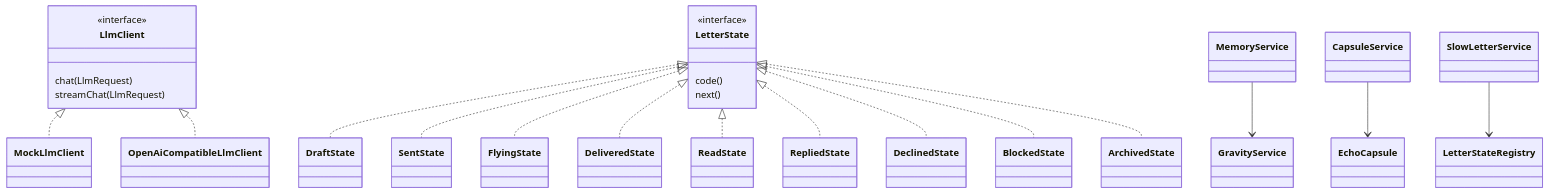
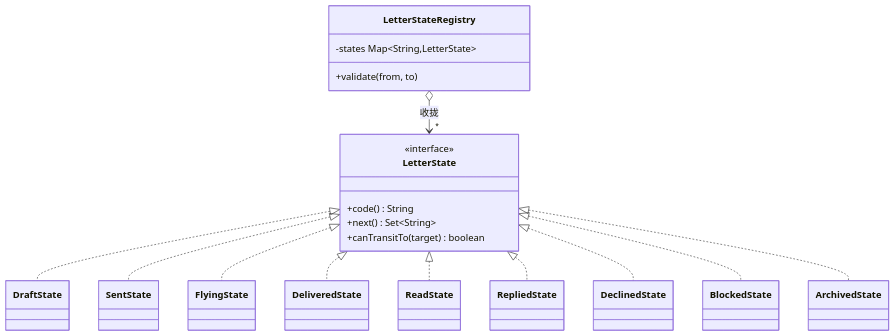
Before and after one commit to BRSAMAyu/inner-cosmos: the third of 6 diagrams in docs/类图与架构图.md, drawn with Mermaid. The commit also changed other lines of this file and 9 other files, not shown here.

````diff
--- a/docs/类图与架构图.md
+++ b/docs/类图与架构图.md
@@ -5,33 +94,33 @@
 ```mermaid
 classDiagram
-  class LlmClient {
-    <<interface>>
-    chat(LlmRequest)
-    streamChat(LlmRequest)
-  }
-  LlmClient <|.. MockLlmClient
-  LlmClient <|.. OpenAiCompatibleLlmClient
-
   class LetterState {
     <<interface>>
-    code()
-    next()
+    +code() String
+    +next() Set~String~
+    +canTransitTo(target) boolean
   }
+  class DraftState
+  class SentState
+  class FlyingState
+  class DeliveredState
+  class ReadState
+  class RepliedState
+  class DeclinedState
+  class BlockedState
+  class ArchivedState
+  class LetterStateRegistry {
+    -states Map~String,LetterState~
+    +validate(from, to)
+  }
+
   LetterState <|.. DraftState
   LetterState <|.. SentState
   LetterState <|.. FlyingState
   LetterState <|.. DeliveredState
   LetterState <|.. ReadState
   LetterState <|.. RepliedState
   LetterState <|.. DeclinedState
   LetterState <|.. BlockedState
   LetterState <|.. ArchivedState
-
-  class MemoryService
-  class GravityService
-  class CapsuleService
-  class SlowLetterService
-  MemoryService --> GravityService
-  CapsuleService --> EchoCapsule
-  SlowLetterService --> LetterStateRegistry
+  LetterStateRegistry o--> "*" LetterState : 收拢
 ```
````
